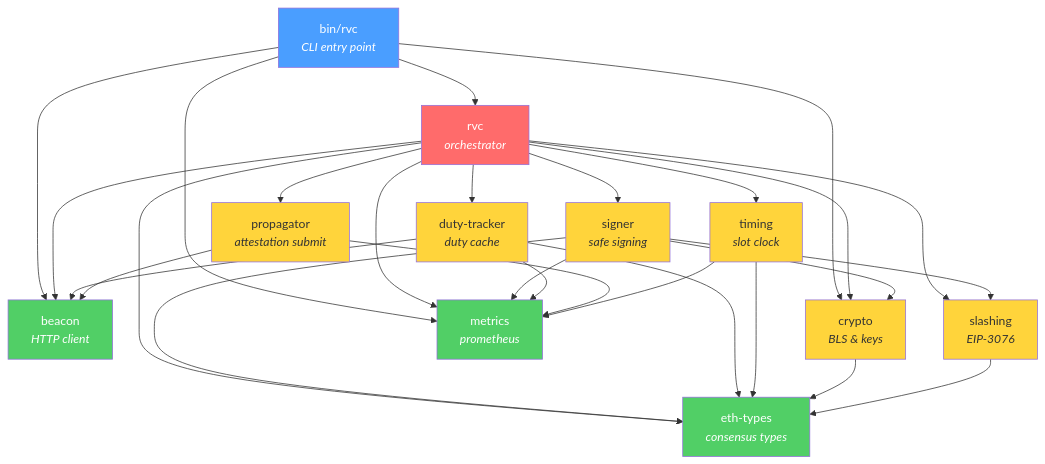
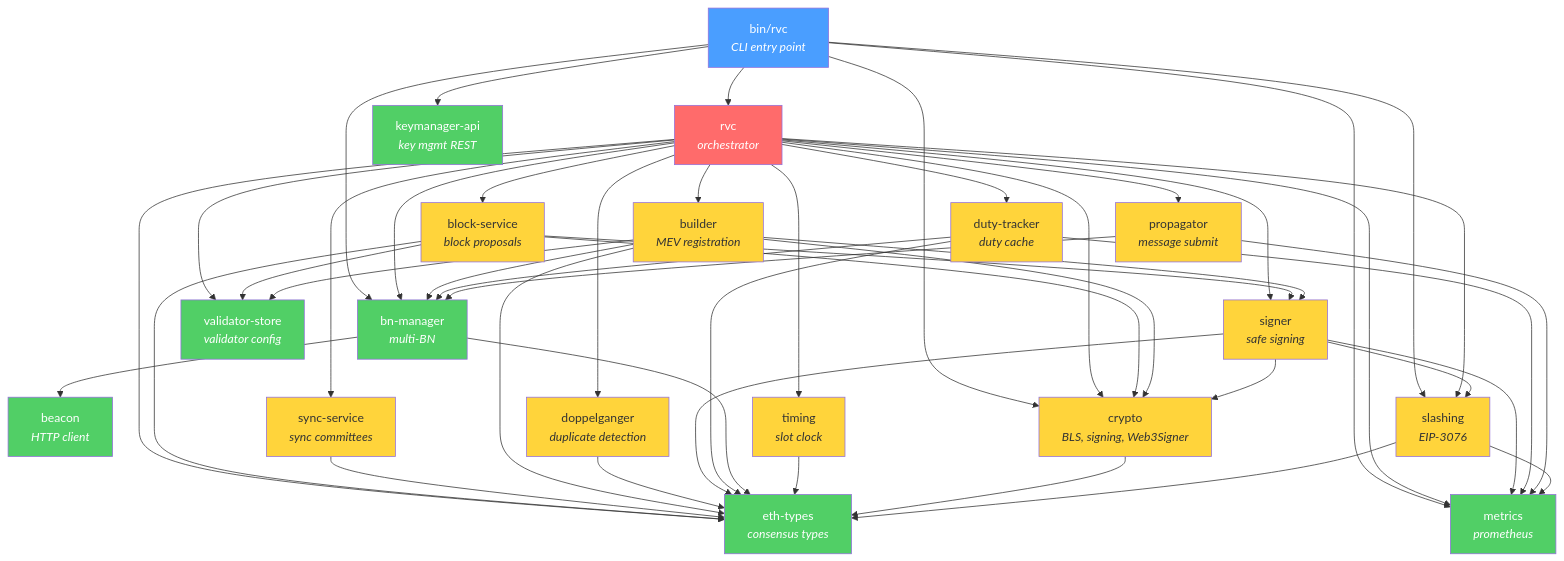
Before and after one commit to dsrvlabs/rvc: the second of 8 diagrams in ARCHITECTURE.md, drawn with Mermaid. The commit also changed other lines of this file and 13 other files, not shown here.

````diff
--- a/ARCHITECTURE.md
+++ b/ARCHITECTURE.md
@@ -35,57 +40,96 @@
     BIN["bin/rvc<br/><i>CLI entry point</i>"]
     RVC["rvc<br/><i>orchestrator</i>"]
     BEACON["beacon<br/><i>HTTP client</i>"]
-    CRYPTO["crypto<br/><i>BLS & keys</i>"]
+    BNM["bn-manager<br/><i>multi-BN</i>"]
+    CRYPTO["crypto<br/><i>BLS, signing, Web3Signer</i>"]
     SIGNER["signer<br/><i>safe signing</i>"]
     SLASHING["slashing<br/><i>EIP-3076</i>"]
     DUTY["duty-tracker<br/><i>duty cache</i>"]
-    PROP["propagator<br/><i>attestation submit</i>"]
+    PROP["propagator<br/><i>message submit</i>"]
     TIMING["timing<br/><i>slot clock</i>"]
     METRICS["metrics<br/><i>prometheus</i>"]
     ETH["eth-types<br/><i>consensus types</i>"]
+    BLOCK["block-service<br/><i>block proposals</i>"]
+    SYNC["sync-service<br/><i>sync committees</i>"]
+    DOPP["doppelganger<br/><i>duplicate detection</i>"]
+    BUILD["builder<br/><i>MEV registration</i>"]
+    VSTORE["validator-store<br/><i>validator config</i>"]
+    KMA["keymanager-api<br/><i>key mgmt REST</i>"]
 
     BIN --> RVC
-    BIN --> BEACON
+    BIN --> BNM
     BIN --> CRYPTO
     BIN --> METRICS
+    BIN --> KMA
+    BIN --> SLASHING
 
     RVC --> SIGNER
     RVC --> DUTY
     RVC --> PROP
     RVC --> TIMING
-    RVC --> BEACON
+    RVC --> BNM
     RVC --> CRYPTO
     RVC --> SLASHING
     RVC --> METRICS
     RVC --> ETH
+    RVC --> BLOCK
+    RVC --> SYNC
+    RVC --> DOPP
+    RVC --> BUILD
+    RVC --> VSTORE
+
+    BLOCK --> CRYPTO
+    BLOCK --> SIGNER
+    BLOCK --> VSTORE
+    BLOCK --> ETH
+
+    SYNC --> ETH
+
+    BUILD --> BNM
+    BUILD --> CRYPTO
+    BUILD --> SIGNER
+    BUILD --> VSTORE
+    BUILD --> ETH
+
+    DOPP --> ETH
 
     SIGNER --> CRYPTO
     SIGNER --> SLASHING
     SIGNER --> METRICS
     SIGNER --> ETH
 
-    DUTY --> BEACON
+    DUTY --> BNM
     DUTY --> METRICS
     DUTY --> ETH
 
-    PROP --> BEACON
+    PROP --> BNM
     PROP --> METRICS
 
-    TIMING --> METRICS
+    BNM --> BEACON
+    BNM --> ETH
+
     TIMING --> ETH
 
     CRYPTO --> ETH
     SLASHING --> ETH
+    SLASHING --> METRICS
 
     style BIN fill:#4a9eff,color:#fff
     style RVC fill:#ff6b6b,color:#fff
     style ETH fill:#51cf66,color:#fff
     style METRICS fill:#51cf66,color:#fff
     style BEACON fill:#51cf66,color:#fff
+    style BNM fill:#51cf66,color:#fff
+    style KMA fill:#51cf66,color:#fff
+    style VSTORE fill:#51cf66,color:#fff
     style SIGNER fill:#ffd43b,color:#333
     style CRYPTO fill:#ffd43b,color:#333
     style SLASHING fill:#ffd43b,color:#333
     style DUTY fill:#ffd43b,color:#333
     style PROP fill:#ffd43b,color:#333
     style TIMING fill:#ffd43b,color:#333
+    style BLOCK fill:#ffd43b,color:#333
+    style SYNC fill:#ffd43b,color:#333
+    style DOPP fill:#ffd43b,color:#333
+    style BUILD fill:#ffd43b,color:#333
 ```
````
